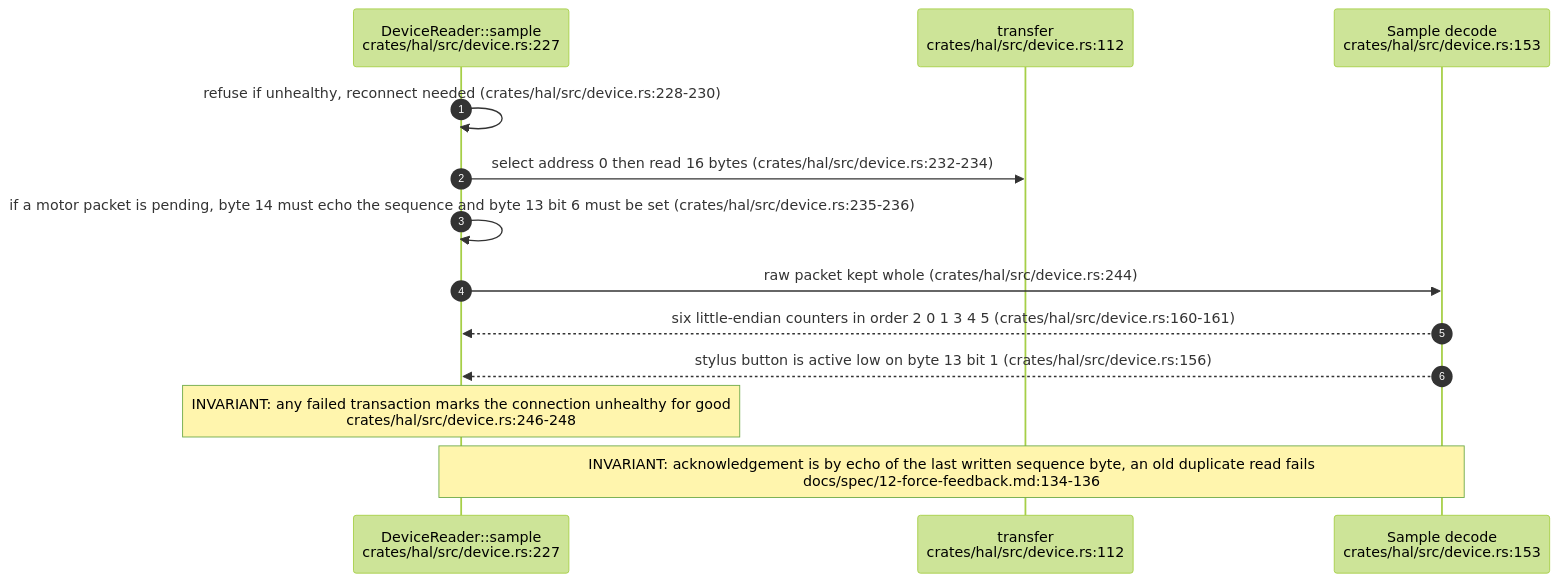
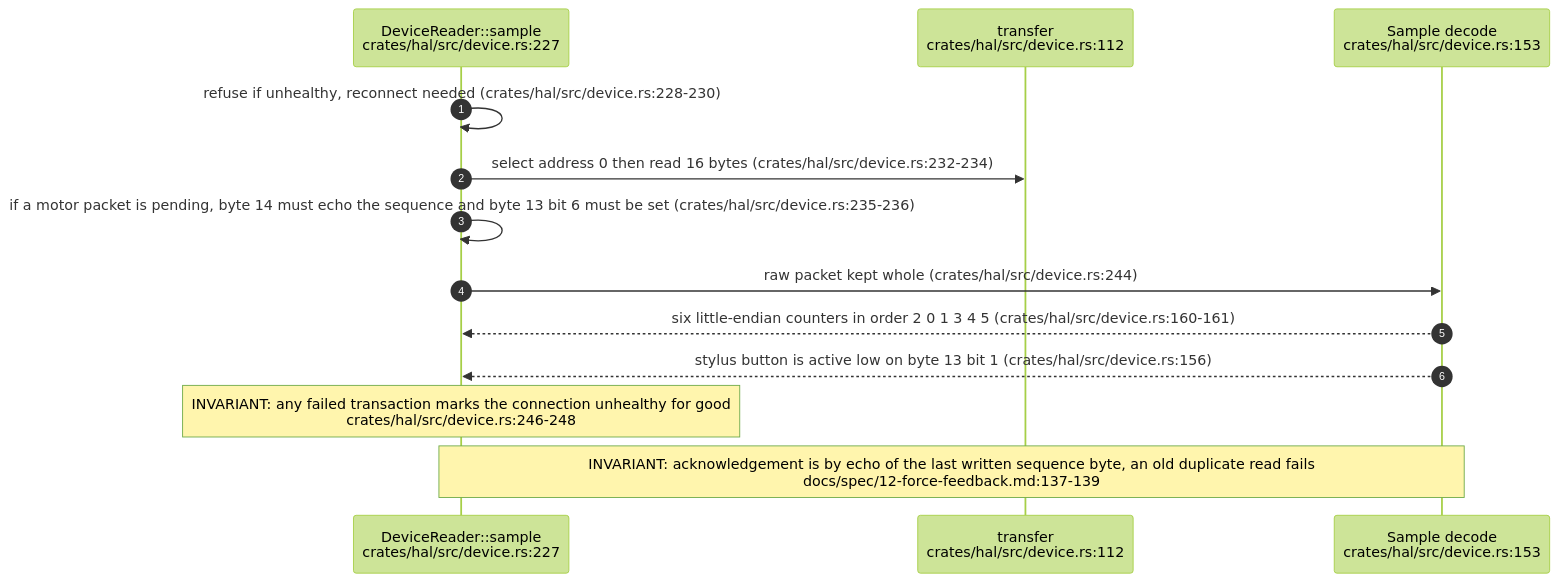
One commit to DreamLab-AI/VisionFlow changed the third of 5 diagrams in docs/diagrams/visiontouch-rs/02-transport-software-epp-and-force-session.md. Above: the diagram before and after it, drawn with Mermaid (forest theme). The commit also changed other lines of this file and 9 other files, not shown here.

Commit message:
docs(diagrams): re-stamp VT-01 to VT-08 at visiontouch-rs 77898bc

````diff
--- a/docs/diagrams/visiontouch-rs/02-transport-software-epp-and-force-session.md
+++ b/docs/diagrams/visiontouch-rs/02-transport-software-epp-and-force-session.md
@@ -79,15 +79,15 @@
 ```mermaid
 sequenceDiagram
     autonumber
     participant SM as DeviceReader::sample<br/>crates/hal/src/device.rs:227
     participant TR as transfer<br/>crates/hal/src/device.rs:112
     participant SA as Sample decode<br/>crates/hal/src/device.rs:153
     SM->>SM: refuse if unhealthy, reconnect needed (crates/hal/src/device.rs:228-230)
     SM->>TR: select address 0 then read 16 bytes (crates/hal/src/device.rs:232-234)
     SM->>SM: if a motor packet is pending, byte 14 must echo the sequence and byte 13 bit 6 must be set (crates/hal/src/device.rs:235-236)
     SM->>SA: raw packet kept whole (crates/hal/src/device.rs:244)
     SA-->>SM: six little-endian counters in order 2 0 1 3 4 5 (crates/hal/src/device.rs:160-161)
     SA-->>SM: stylus button is active low on byte 13 bit 1 (crates/hal/src/device.rs:156)
     Note over SM: INVARIANT: any failed transaction marks the connection unhealthy for good<br/>crates/hal/src/device.rs:246-248
-    Note over SM,SA: INVARIANT: acknowledgement is by echo of the last written sequence byte, an old duplicate read fails<br/>docs/spec/12-force-feedback.md:134-136
+    Note over SM,SA: INVARIANT: acknowledgement is by echo of the last written sequence byte, an old duplicate read fails<br/>docs/spec/12-force-feedback.md:137-139
 ```
````
